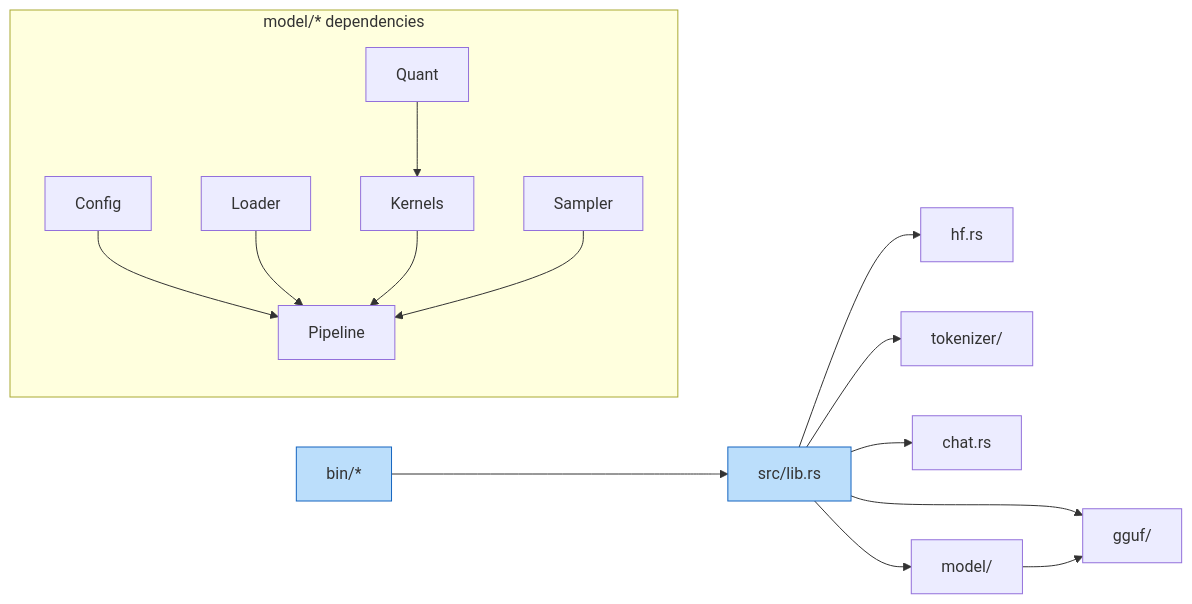
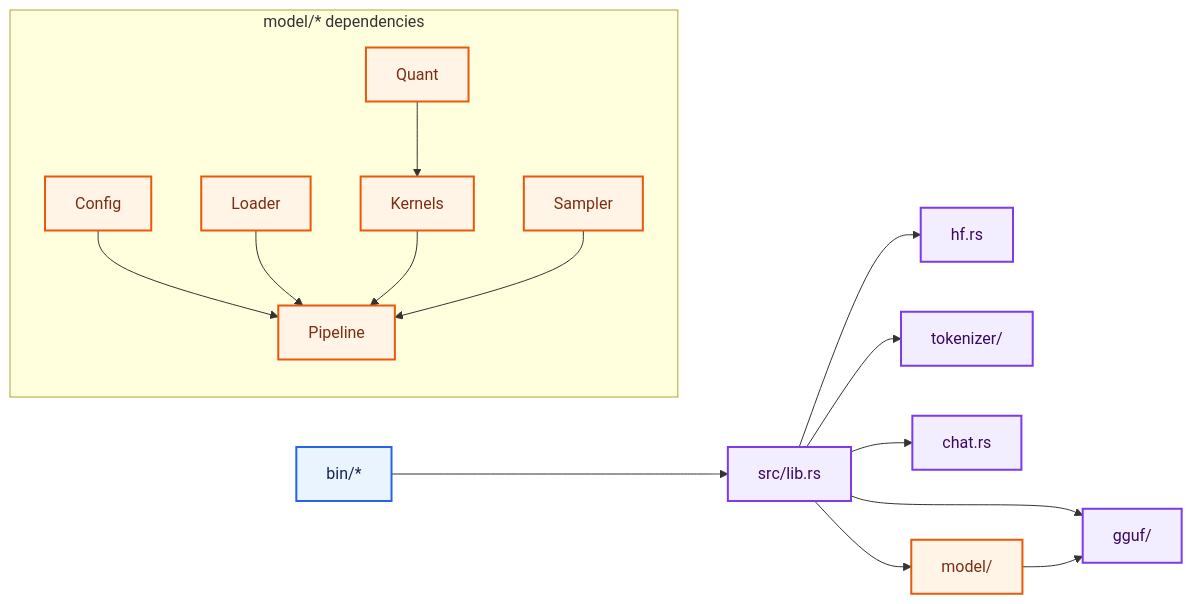
Before and after one commit to Shindevrp/qwen3-5-397b-in-rust: the second of 7 diagrams in README.md, drawn with Mermaid. The commit also changed other lines of this file, not shown here.

Commit message:
docs: normalize remaining Mermaid diagrams to semantic color palette
- Component / Service Relationships: apply CLI blue, shared lib purple, model orange
- Streaming MoE: model execution orange for compute nodes, shared neutral gray for mmap-backed storage
- Remove saturated core/mmap classes, use consistent stroke-width 2px and accessible text

````diff
--- a/README.md
+++ b/README.md
@@ -119,37 +119,41 @@
 ```mermaid
 graph LR
     CLI["bin/*"]
     Lib["src/lib.rs"]
     GGUF["gguf/"]
     HF["hf.rs"]
     Tokenizer["tokenizer/"]
     Chat["chat.rs"]
     Model["model/"]
 
     CLI --> Lib
     Lib --> GGUF
     Lib --> HF
     Lib --> Tokenizer
     Lib --> Chat
     Lib --> Model
 
     Model --> GGUF
 
     subgraph Detail["model/* dependencies"]
         Config
         Quant
         Kernels
         Loader
         Pipeline
         Sampler
     end
 
     Config --> Pipeline
     Loader --> Pipeline
     Kernels --> Pipeline
     Quant --> Kernels
     Sampler --> Pipeline
 
-    classDef core fill:#bbdefb,stroke:#1565c0;
-    class CLI,Lib,Lib core;
+    classDef cli fill:#EAF4FF,stroke:#2563EB,stroke-width:2px,color:#172554;
+    classDef lib fill:#F3EEFF,stroke:#7C3AED,stroke-width:2px,color:#3B0764;
+    classDef model fill:#FFF4E6,stroke:#EA580C,stroke-width:2px,color:#7C2D12;
+    class CLI cli;
+    class Lib,GGUF,HF,Tokenizer,Chat lib;
+    class Model,Config,Quant,Kernels,Loader,Pipeline,Sampler model;
 ```
````
